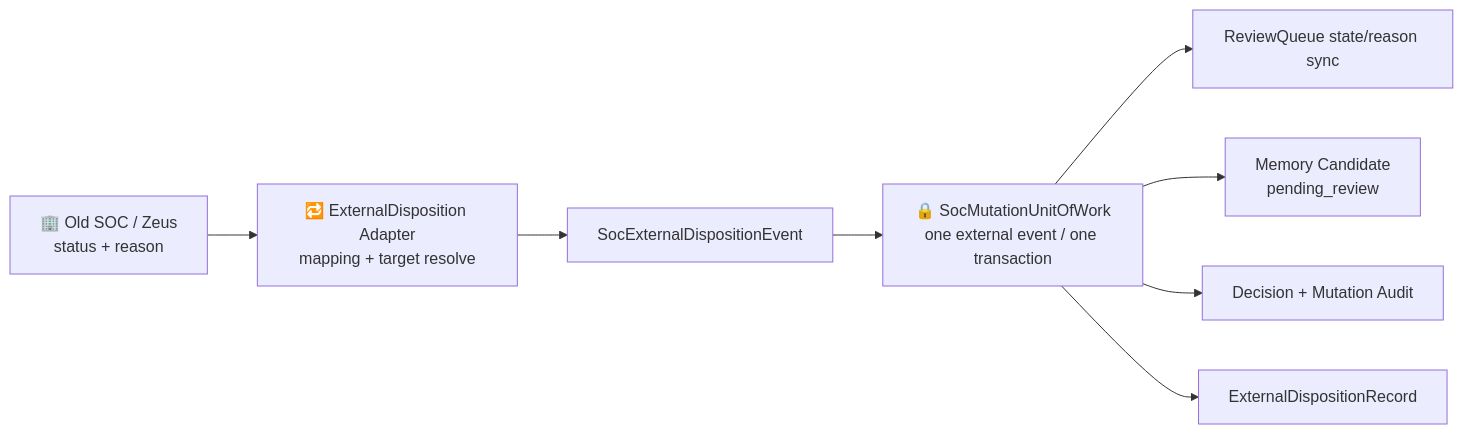
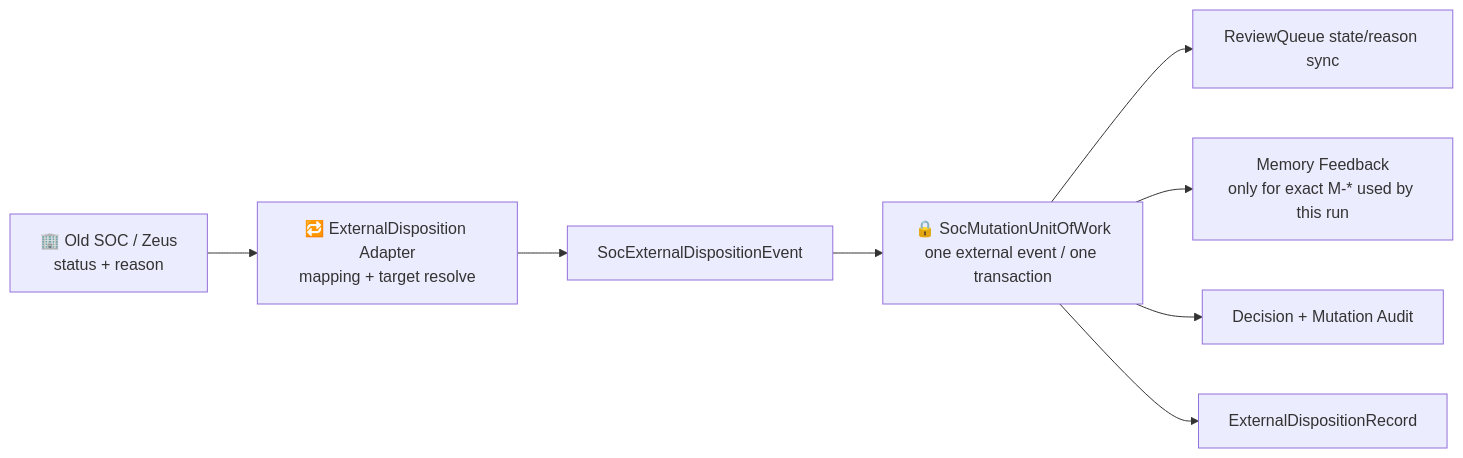
Diagram 11 of 16 in .notes/ai_soc/soc-agent-solution.md (yydspanda/deer-flow), drawn with Mermaid before and after one commit. The commit also changed other lines of this file and 81 other files, not shown here.

````diff
--- a/.notes/ai_soc/soc-agent-solution.md
+++ b/.notes/ai_soc/soc-agent-solution.md
@@ -1366,10 +1366,10 @@
 ```mermaid
 flowchart LR
     OLD["🏢 Old SOC / Zeus<br/>status + reason"] --> MAP["🔁 ExternalDisposition Adapter<br/>mapping + target resolve"]
     MAP --> EVENT["SocExternalDispositionEvent"]
     EVENT --> TX["🔒 SocMutationUnitOfWork<br/>one external event / one transaction"]
     TX --> REVIEW["ReviewQueue state/reason sync"]
-    TX --> CAND["Memory Candidate<br/>pending_review"]
+    TX --> FEEDBACK["Memory Feedback<br/>only for exact M-* used by this run"]
     TX --> AUDIT["Decision + Mutation Audit"]
     TX --> EXT["ExternalDispositionRecord"]
 ```
````
